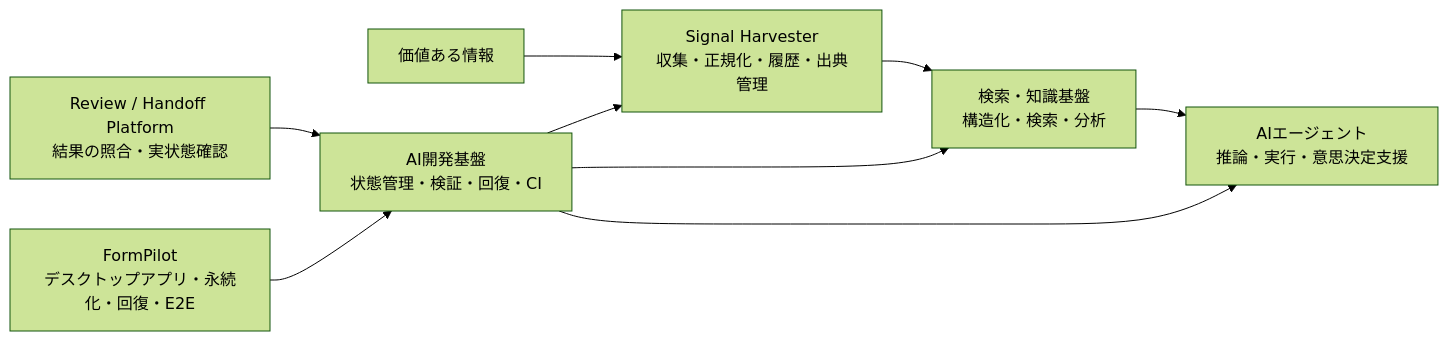
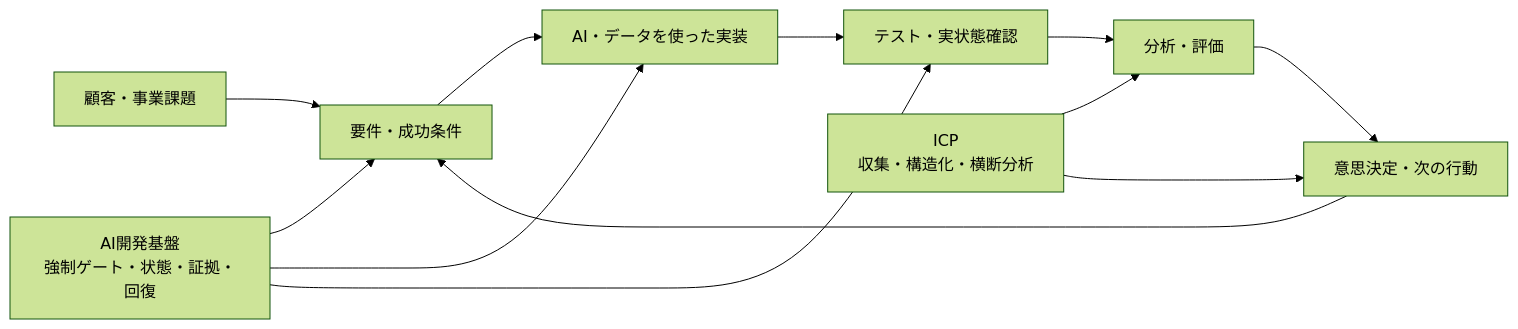
One commit to hiromi1992/ai-engineering-portfolio changed the first of 3 diagrams in README.md. Above: the diagram before and after it, drawn with Mermaid (forest theme). The commit also changed other lines of this file, not shown here.

````diff
--- a/README.md
+++ b/README.md
@@ -29,12 +72,15 @@
 ```mermaid
 flowchart LR
-    A[価値ある情報] --> B[Signal Harvester\n収集・正規化・履歴・出典管理]
-    B --> C[検索・知識基盤\n構造化・検索・分析]
-    C --> D[AIエージェント\n推論・実行・意思決定支援]
+    A[顧客・事業課題] --> B[要件・成功条件]
+    B --> C[AI・データを使った実装]
+    C --> D[テスト・実状態確認]
+    D --> E[分析・評価]
+    E --> F[意思決定・次の行動]
+    F --> B
 
-    E[AI開発基盤\n状態管理・検証・回復・CI] --> B
-    E --> C
-    E --> D
-    F[Review / Handoff Platform\n結果の照合・実状態確認] --> E
-    G[FormPilot\nデスクトップアプリ・永続化・回復・E2E] --> E
+    G[AI開発基盤\n強制ゲート・状態・証拠・回復] --> B
+    G --> C
+    G --> D
+    H[ICP\n収集・構造化・横断分析] --> E
+    H --> F
 ```
````
